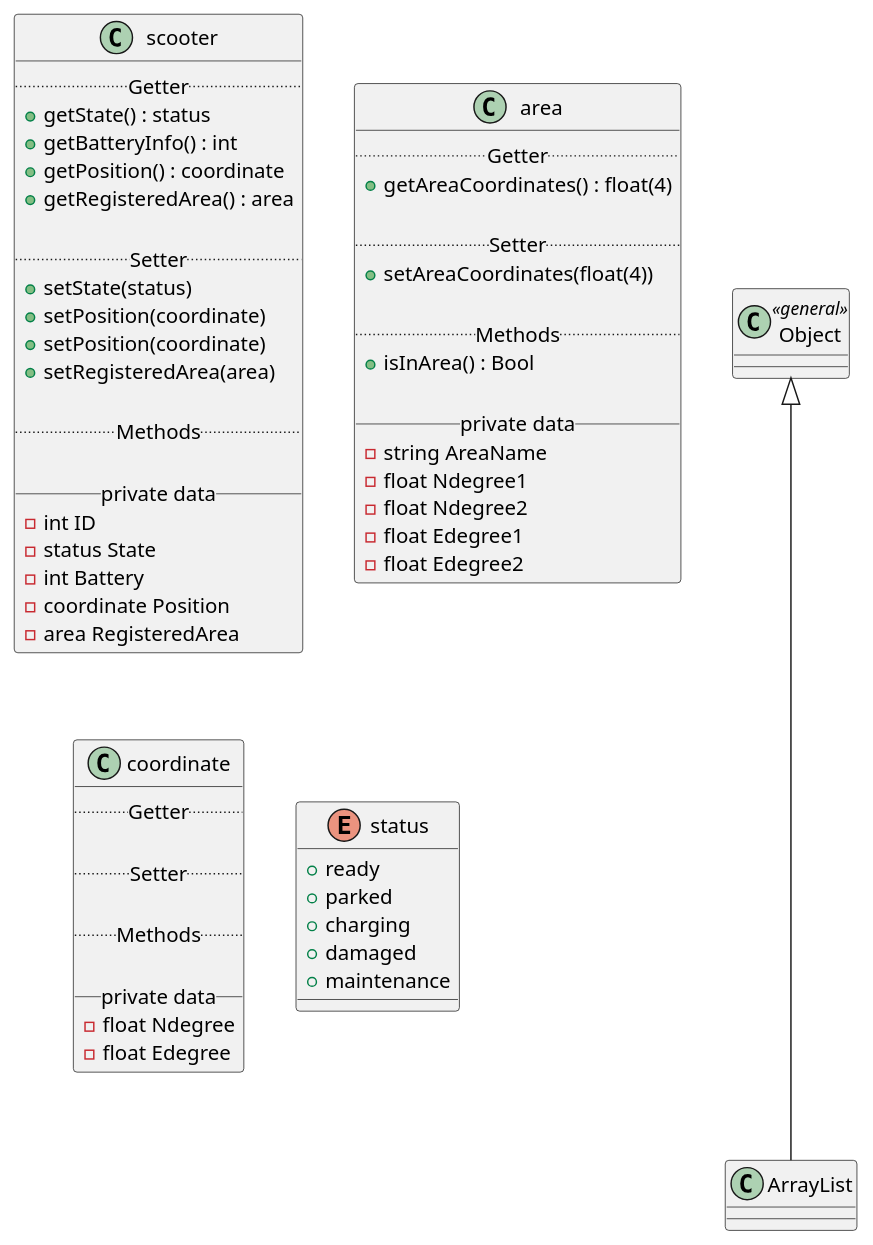
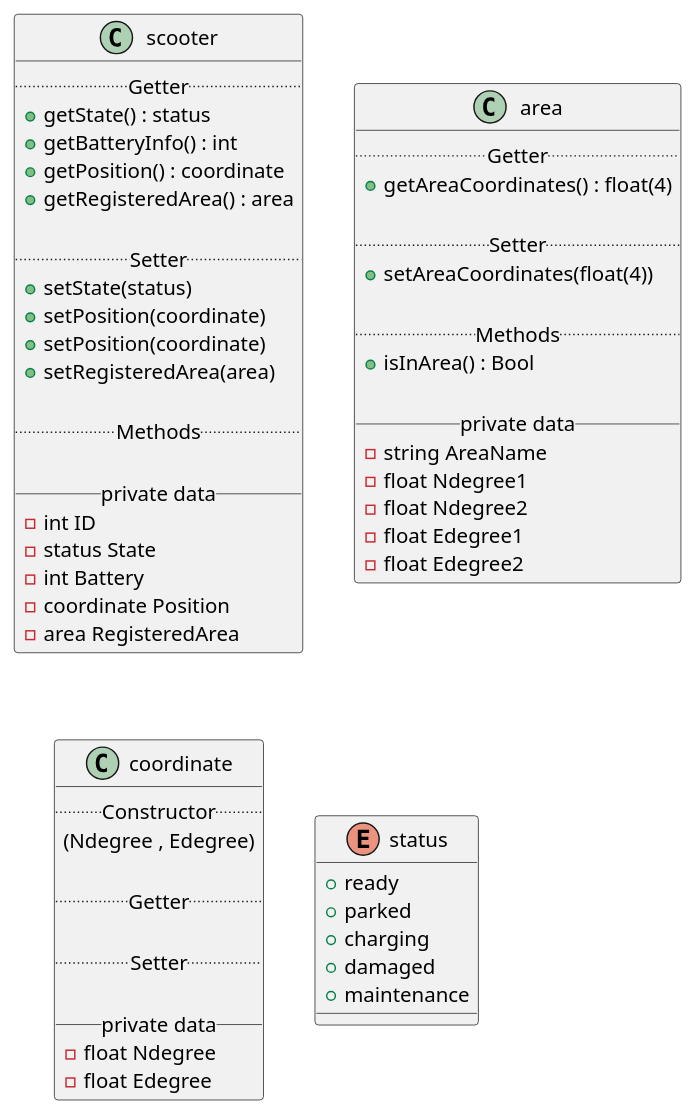
One commit to fh-erfurt/Scooter-MS changed the diagram in umldiagram.iuml. Above: the diagram before and after it, drawn with PlantUML. The commit also changed 1 other file, not shown here.

Commit message:
updated umldiagram.iuml and README.md

```diff
--- a/umldiagram.iuml
+++ b/umldiagram.iuml
@@ -1,81 +1,80 @@
 @startuml
 
 
 
 
 
 skinparam componentStyle uml2
 
 
 
 class scooter {
   .. Getter ..
   + getState() : status
   + getBatteryInfo() : int
   + getPosition() : coordinate
   +getRegisteredArea() : area
-
+  
   .. Setter ..
   + setState(status)
   + setPosition(coordinate)
   + setPosition(coordinate)
   +setRegisteredArea(area)
-
+  
   .. Methods ..
-
+  
   __ private data __
   -int ID
   -status State
   -int Battery
   -coordinate Position
   -area RegisteredArea
 }
 
 class area {
   .. Getter ..
   +getAreaCoordinates() : float(4)
-
+  
   .. Setter ..
   +setAreaCoordinates(float(4))
-
+  
   .. Methods ..
   +isInArea() : Bool
 
   __ private data __
   -string AreaName
   -float Ndegree1
   -float Ndegree2
   -float Edegree1
   -float Edegree2
 }
 
 
 
 class coordinate {
+  .. Constructor ..
+  (Ndegree , Edegree)
+
   .. Getter ..
 
   .. Setter ..
-
-  .. Methods ..
 
   __ private data __
   -float Ndegree
   -float Edegree
 }
 
 
 
 enum status {
   +ready
   +parked
   +charging
   +damaged
   +maintenance
 }
 
 
 
-class Object << general >>
-Object <|--- ArrayList
 
 @enduml
```
